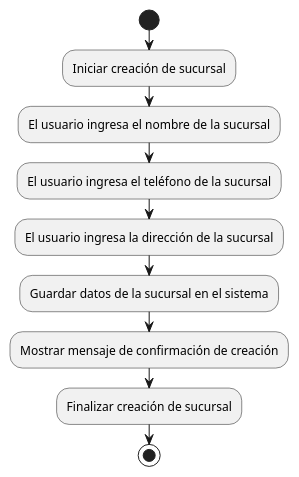
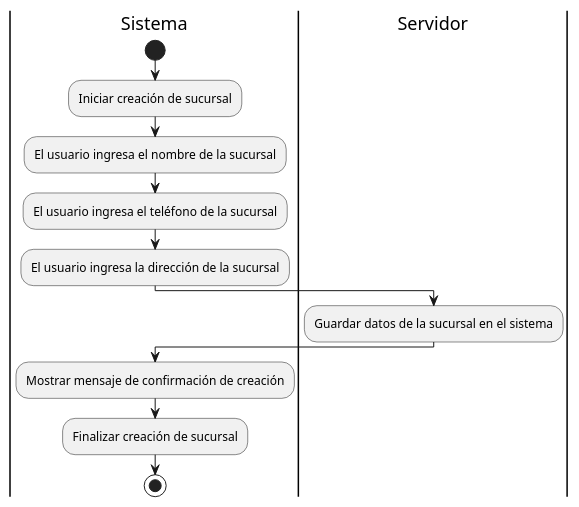
The diagram in Análisis y Diseño/Proyectos/Proyecto final/Diagramas/Casos de uso/Crear sucursal.wsd (PabloCoti/apuntes_url), drawn with PlantUML before and after one commit. The commit also changed 19 other files, not shown here.

```diff
--- a/Análisis y Diseño/Proyectos/Proyecto final/Diagramas/Casos de uso/Crear sucursal.wsd
+++ b/Análisis y Diseño/Proyectos/Proyecto final/Diagramas/Casos de uso/Crear sucursal.wsd
@@ -1,13 +1,16 @@
 @startuml Crear sucursal
 
+|Sistema|
 start
 :Iniciar creación de sucursal;
 :El usuario ingresa el nombre de la sucursal;
 :El usuario ingresa el teléfono de la sucursal;
 :El usuario ingresa la dirección de la sucursal;
+|Servidor|
 :Guardar datos de la sucursal en el sistema;
+|Sistema|
 :Mostrar mensaje de confirmación de creación;
 :Finalizar creación de sucursal;
 stop
 
 @enduml
```
